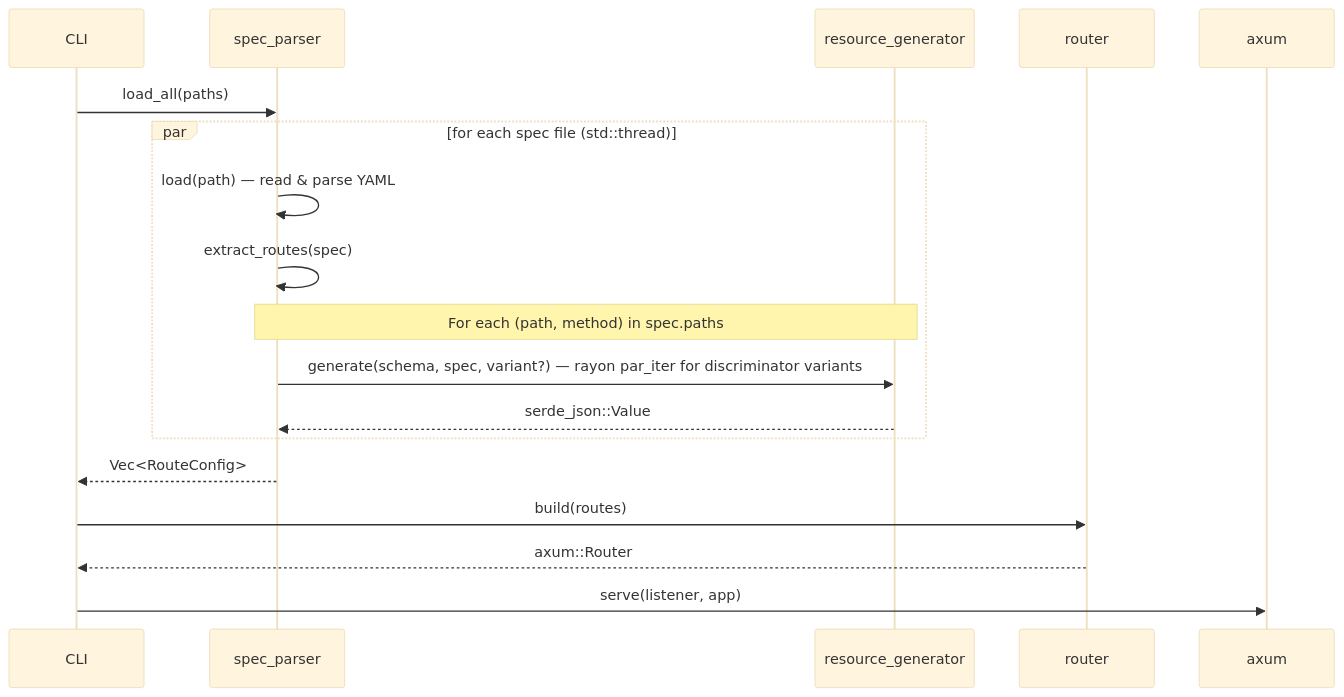
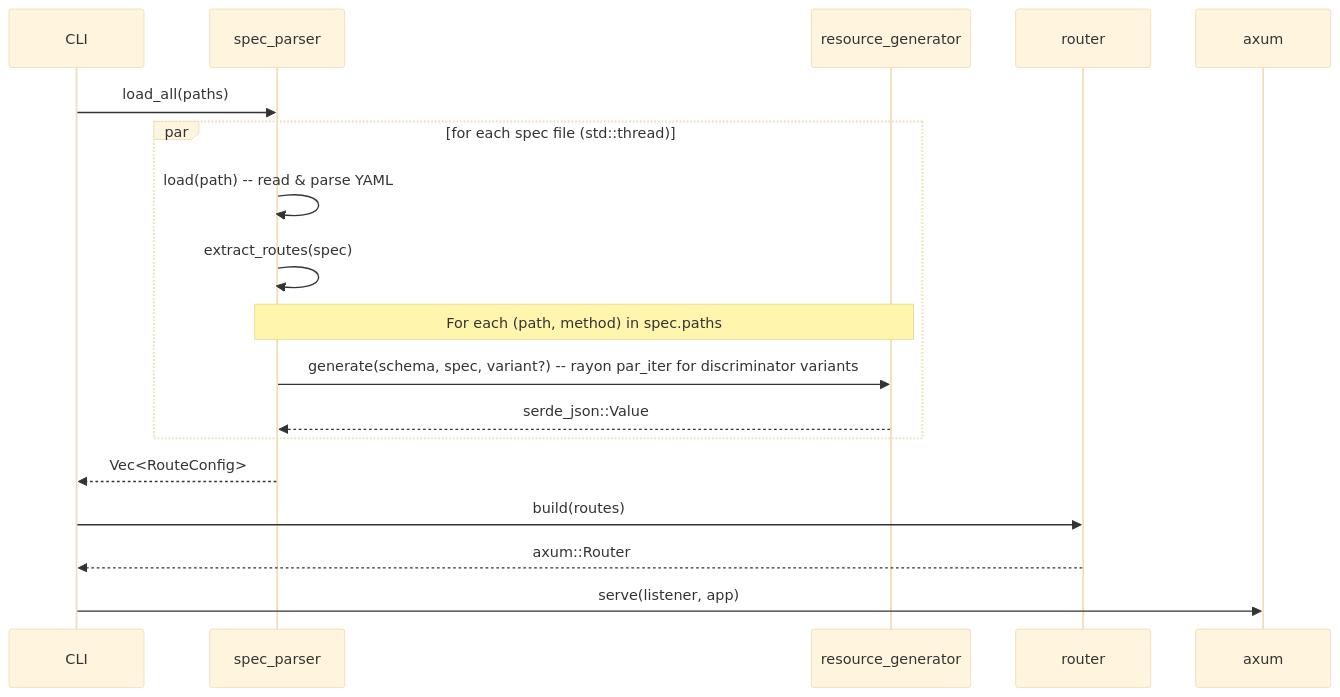
Before and after one commit to beavuck/hermit: the first of 3 diagrams in docs/architecture.md, drawn with Mermaid (base theme). The commit also changed other lines of this file and 7 other files, not shown here.

````diff
--- a/docs/architecture.md
+++ b/docs/architecture.md
@@ -24,20 +24,20 @@
 ```mermaid
 sequenceDiagram
     participant CLI
     participant spec_parser
     participant resource_generator
     participant router
     participant axum
     CLI ->> spec_parser: load_all(paths)
     par for each spec file (std::thread)
-        spec_parser ->> spec_parser: load(path) — read & parse YAML
+        spec_parser ->> spec_parser: load(path) -- read & parse YAML
         spec_parser ->> spec_parser: extract_routes(spec)
         note over spec_parser, resource_generator: For each (path, method) in spec.paths
-        spec_parser ->> resource_generator: generate(schema, spec, variant?) — rayon par_iter for discriminator variants
+        spec_parser ->> resource_generator: generate(schema, spec, variant?) -- rayon par_iter for discriminator variants
         resource_generator -->> spec_parser: serde_json::Value
     end
     spec_parser -->> CLI: Vec<RouteConfig>
     CLI ->> router: build(routes)
     router -->> CLI: axum::Router
     CLI ->> axum: serve(listener, app)
 ```
````
